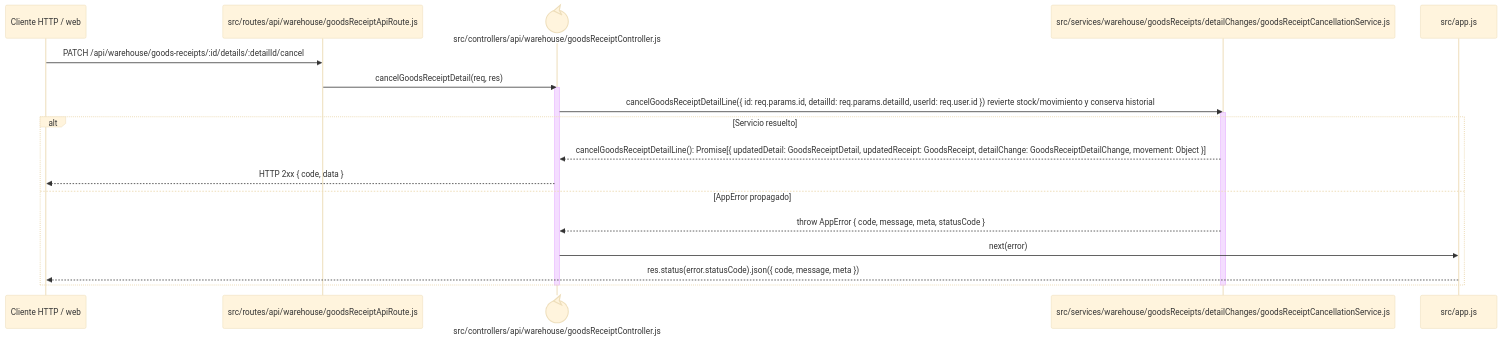
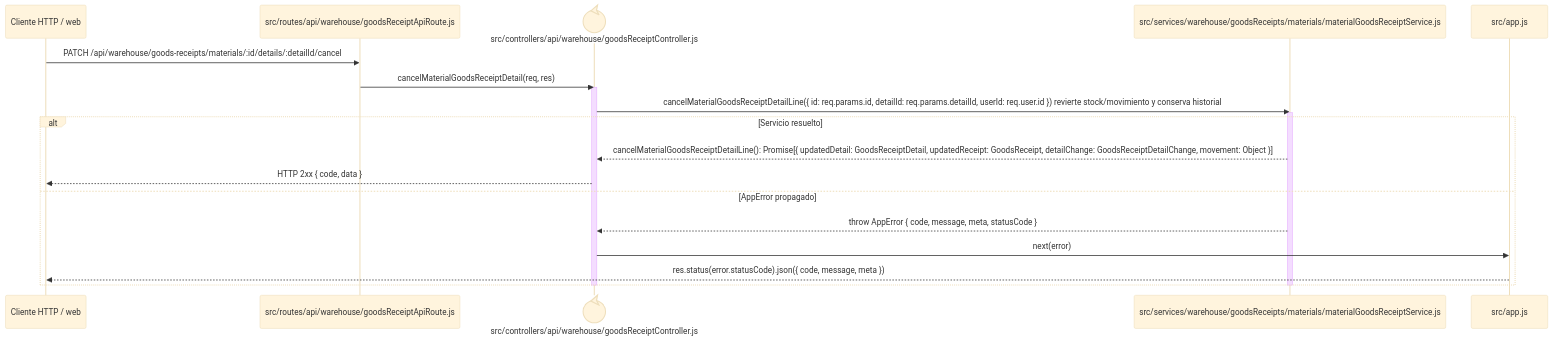
The diagram in docs/architecture/views/processes/backend-code-sequences/purchases/cu-ent-05.md (gpgsistemas01/nexus), drawn with Mermaid (base theme) before and after one commit. The commit also changed 91 other files, not shown here.

````diff
--- a/docs/architecture/views/processes/backend-code-sequences/purchases/cu-ent-05.md
+++ b/docs/architecture/views/processes/backend-code-sequences/purchases/cu-ent-05.md
@@ -6,24 +6,24 @@
 ```mermaid
 sequenceDiagram
     participant Client as Cliente HTTP / web
     participant Route as src/routes/api/warehouse/goodsReceiptApiRoute.js
     participant Controller@{ "type": "control" } as src/controllers/api/warehouse/goodsReceiptController.js
-    participant Domain as src/services/warehouse/goodsReceipts/detailChanges/goodsReceiptCancellationService.js
+    participant Domain as src/services/warehouse/goodsReceipts/materials/materialGoodsReceiptService.js
     participant ErrorHandler as src/app.js
 
-    Client->>Route: PATCH /api/warehouse/goods-receipts/:id/details/:detailId/cancel
-    Route->>Controller: cancelGoodsReceiptDetail(req, res)
+    Client->>Route: PATCH /api/warehouse/goods-receipts/materials/:id/details/:detailId/cancel
+    Route->>Controller: cancelMaterialGoodsReceiptDetail(req, res)
     activate Controller
-    Controller->>Domain: cancelGoodsReceiptDetailLine({ id: req.params.id, detailId: req.params.detailId, userId: req.user.id }) revierte stock/movimiento y conserva historial
+    Controller->>Domain: cancelMaterialGoodsReceiptDetailLine({ id: req.params.id, detailId: req.params.detailId, userId: req.user.id }) revierte stock/movimiento y conserva historial
     activate Domain
     alt Servicio resuelto
-        Domain-->>Controller: cancelGoodsReceiptDetailLine(): Promise[{ updatedDetail: GoodsReceiptDetail, updatedReceipt: GoodsReceipt, detailChange: GoodsReceiptDetailChange, movement: Object }]
+        Domain-->>Controller: cancelMaterialGoodsReceiptDetailLine(): Promise[{ updatedDetail: GoodsReceiptDetail, updatedReceipt: GoodsReceipt, detailChange: GoodsReceiptDetailChange, movement: Object }]
         Controller-->>Client: HTTP 2xx { code, data }
     else AppError propagado
         Domain-->>Controller: throw AppError { code, message, meta, statusCode }
         Controller->>ErrorHandler: next(error)
         ErrorHandler-->>Client: res.status(error.statusCode).json({ code, message, meta })
     end
     deactivate Domain
     deactivate Controller
 ```
````
